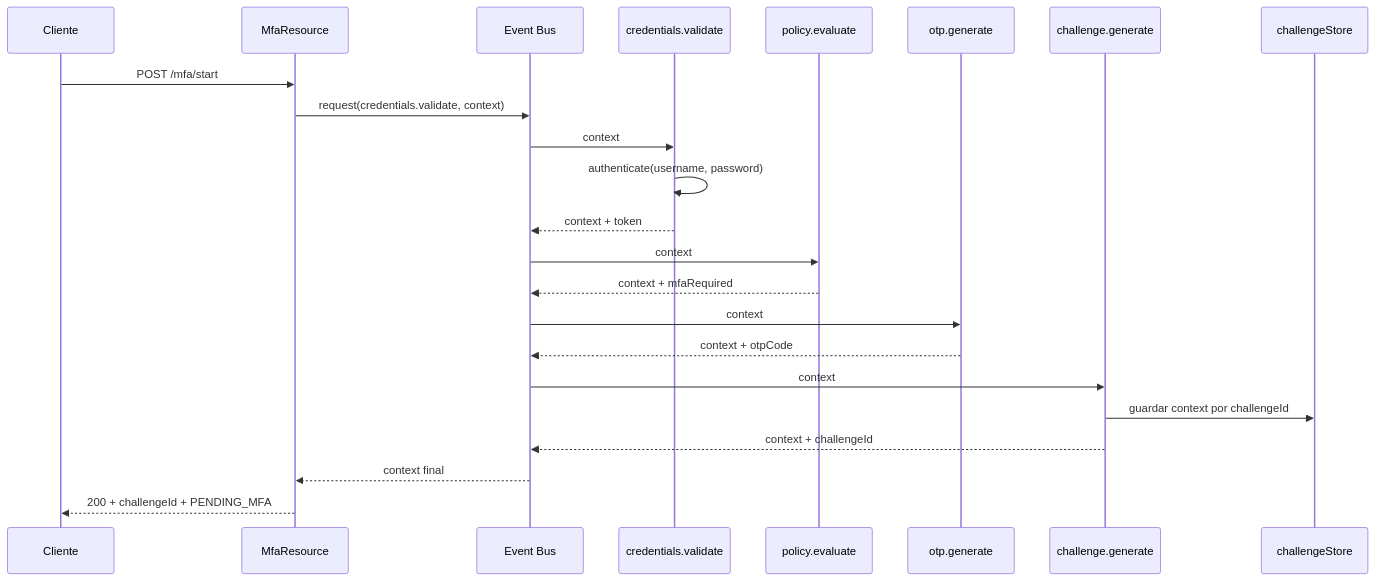
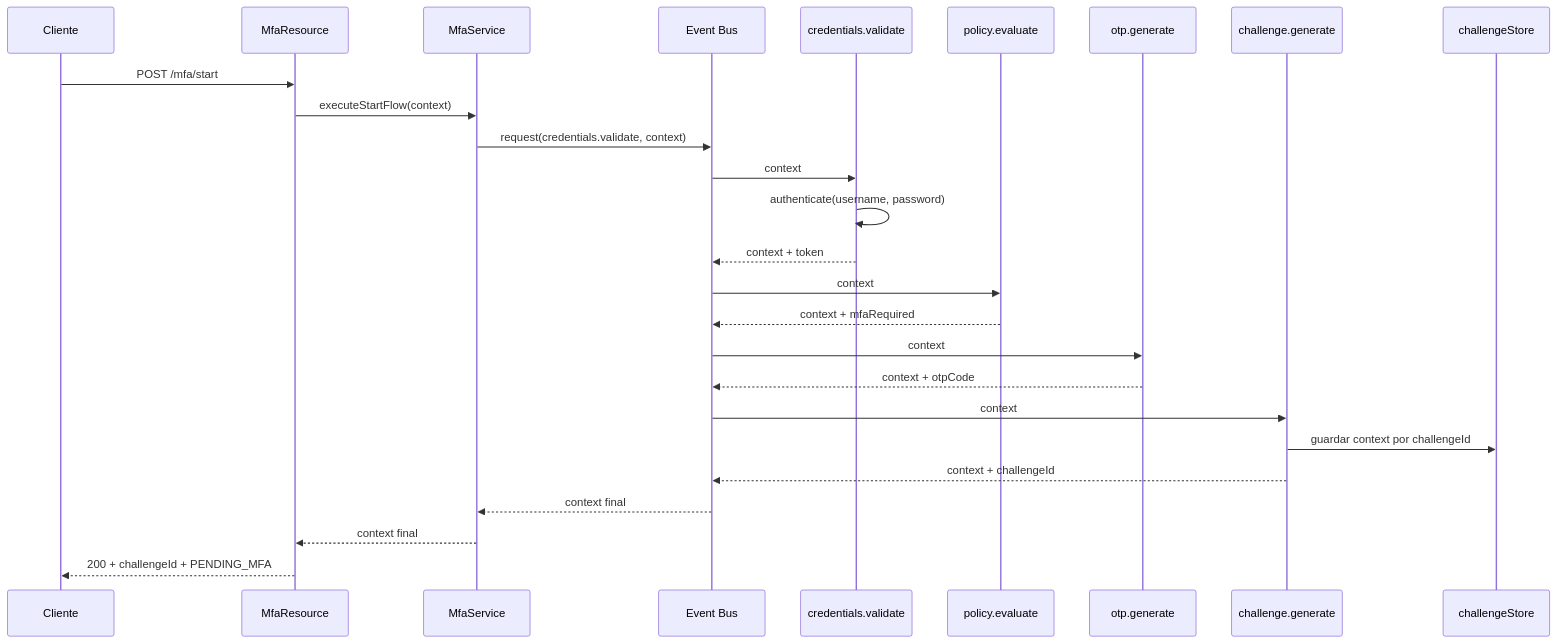
Diagram 17 of 19 in content/session-06-event-bus-mfa.md (teamdroid-trainer/docs-docusaurus-trainer), drawn with Mermaid before and after one commit. The commit also changed other lines of this file and 7 other files, not shown here.

Commit message:
docs: division de kafka en teoria e implementacion con mdx interactivos y diagramas mermaid, resolucion de bugs de docusaurus

````diff
--- a/content/session-06-event-bus-mfa.md
+++ b/content/session-06-event-bus-mfa.md
@@ -710,26 +714,29 @@
 ```mermaid
 sequenceDiagram
     participant C as Cliente
     participant R as MfaResource
+    participant Svc as MfaService
     participant EB as Event Bus
     participant V as credentials.validate
     participant P as policy.evaluate
     participant O as otp.generate
     participant G as challenge.generate
     participant S as challengeStore
 
     C->>R: POST /mfa/start
-    R->>EB: request(credentials.validate, context)
+    R->>Svc: executeStartFlow(context)
+    Svc->>EB: request(credentials.validate, context)
     EB->>V: context
     V->>V: authenticate(username, password)
     V-->>EB: context + token
     EB->>P: context
     P-->>EB: context + mfaRequired
     EB->>O: context
     O-->>EB: context + otpCode
     EB->>G: context
     G->>S: guardar context por challengeId
     G-->>EB: context + challengeId
-    EB-->>R: context final
+    EB-->>Svc: context final
+    Svc-->>R: context final
     R-->>C: 200 + challengeId + PENDING_MFA
 ```
````
